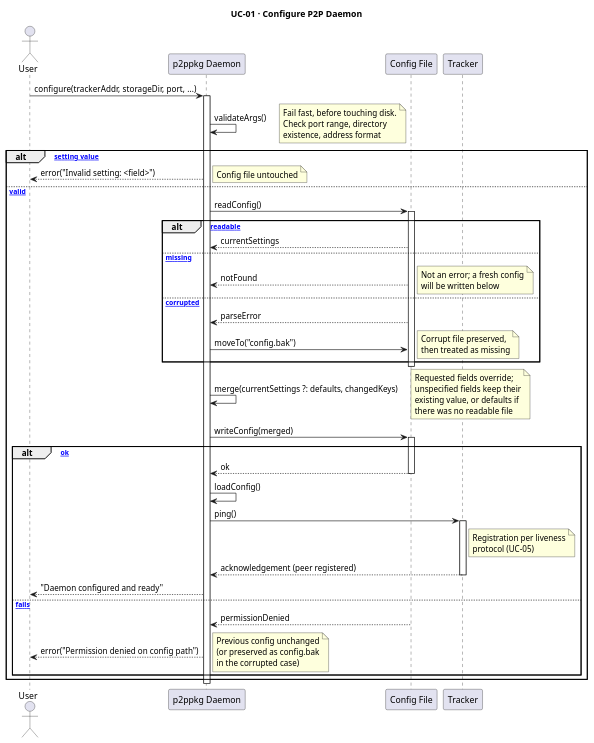
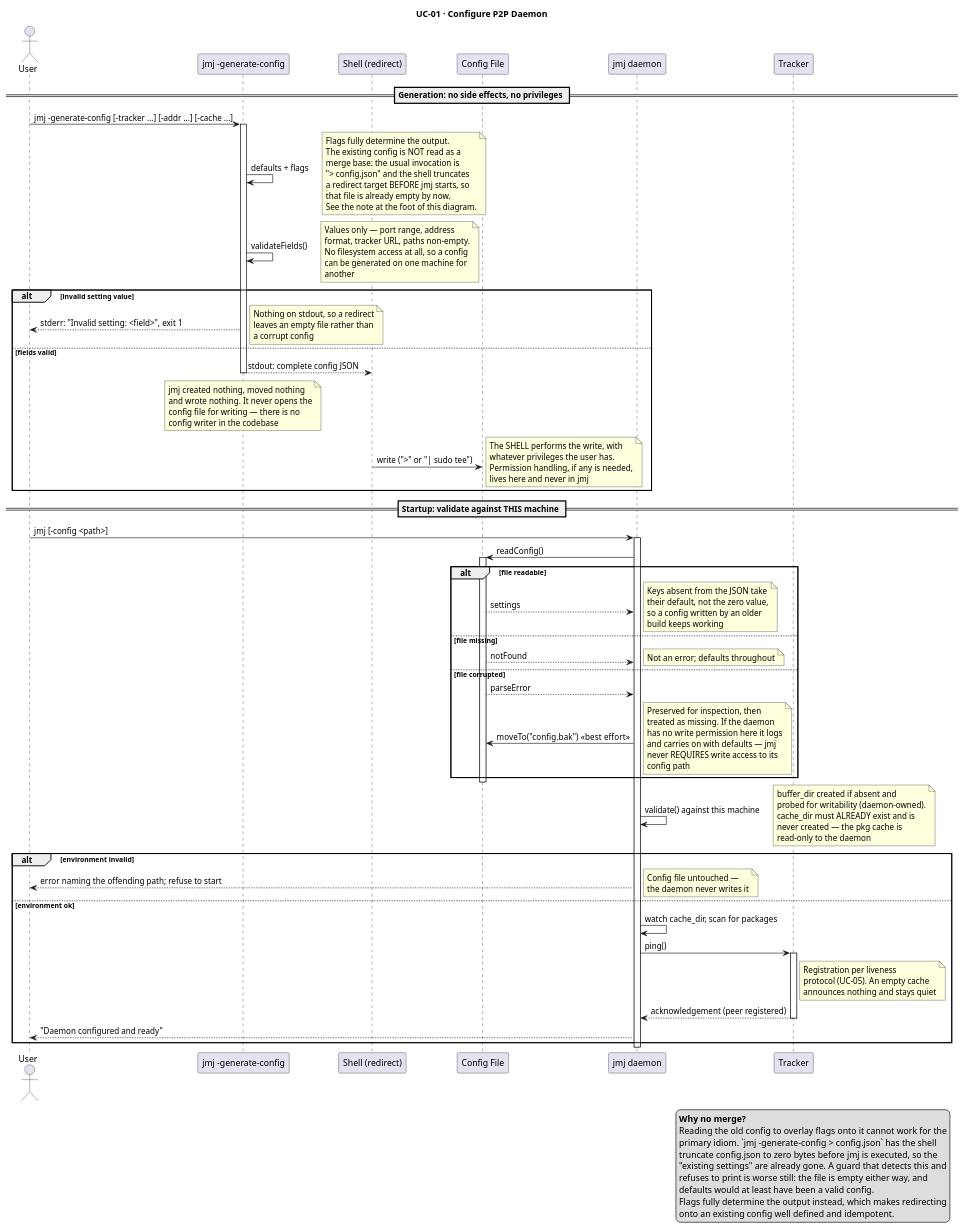
The diagram in docs/uc-01.puml (ndrew222/p2p-pkg-daemon), drawn with PlantUML before and after one commit. The commit also changed 5 other files, not shown here.

```diff
--- a/docs/uc-01.puml
+++ b/docs/uc-01.puml
@@ -1,65 +1,90 @@
 @startuml
 title UC-01 · Configure P2P Daemon
- 
+
 actor       User
-participant "p2ppkg Daemon" as Daemon
-participant "Config File"   as Config
+participant "jmj -generate-config" as Gen
+participant "Shell (redirect)"     as Shell
+participant "Config File"          as Config
+participant "jmj daemon"           as Daemon
 participant Tracker
- 
-User -> Daemon : configure(trackerAddr, storageDir, port, ...)
+
+== Generation: no side effects, no privileges ==
+
+User -> Gen : jmj -generate-config [-tracker ...] [-addr ...] [-cache ...]
+activate Gen
+
+Gen -> Gen : defaults + flags
+note right : Flags fully determine the output.\nThe existing config is NOT read as a\nmerge base: the usual invocation is\n"> config.json" and the shell truncates\na redirect target BEFORE jmj starts, so\nthat file is already empty by now.\nSee the note at the foot of this diagram.
+
+Gen -> Gen : validateFields()
+note right : Values only — port range, address\nformat, tracker URL, paths non-empty.\nNo filesystem access at all, so a config\ncan be generated on one machine for\nanother
+
+alt invalid setting value
+Gen --> User : stderr: "Invalid setting: <field>", exit 1
+note right : Nothing on stdout, so a redirect\nleaves an empty file rather than\na corrupt config
+
+else fields valid
+Gen --> Shell : stdout: complete config JSON
+deactivate Gen
+note over Gen : jmj created nothing, moved nothing\nand wrote nothing. It never opens the\nconfig file for writing — there is no\nconfig writer in the codebase
+
+Shell -> Config : write (">" or "| sudo tee")
+note right : The SHELL performs the write, with\nwhatever privileges the user has.\nPermission handling, if any is needed,\nlives here and never in jmj
+end
+
+== Startup: validate against THIS machine ==
+
+User -> Daemon : jmj [-config <path>]
 activate Daemon
- 
-Daemon -> Daemon : validateArgs()
-note right : Fail fast, before touching disk.\nCheck port range, directory\nexistence, address format
- 
-alt [invalid setting value]
-Daemon --> User : error("Invalid setting: <field>")
-note right : Config file untouched
- 
-else [args valid]
+
 Daemon -> Config : readConfig()
 activate Config
- 
-alt [file readable]
-Config --> Daemon : currentSettings
- 
-else [file missing]
+
+alt file readable
+Config --> Daemon : settings
+note right : Keys absent from the JSON take\ntheir default, not the zero value,\nso a config written by an older\nbuild keeps working
+
+else file missing
 Config --> Daemon : notFound
-note right : Not an error; a fresh config\nwill be written below
- 
-else [file corrupted]
+note right : Not an error; defaults throughout
+
+else file corrupted
 Config --> Daemon : parseError
-Daemon -> Config : moveTo("config.bak")
-note right : Corrupt file preserved,\nthen treated as missing
+Daemon -> Config : moveTo("config.bak")  <<best effort>>
+note right : Preserved for inspection, then\ntreated as missing. If the daemon\nhas no write permission here it logs\nand carries on with defaults — jmj\nnever REQUIRES write access to its\nconfig path
 end
 deactivate Config
- 
-Daemon -> Daemon : merge(currentSettings ?: defaults, changedKeys)
-note right : Requested fields override;\nunspecified fields keep their\nexisting value, or defaults if\nthere was no readable file
- 
-Daemon -> Config : writeConfig(merged)
-activate Config
- 
-alt [write ok]
-Config --> Daemon : ok
-deactivate Config
-Daemon -> Daemon : loadConfig()
- 
+
+Daemon -> Daemon : validate() against this machine
+note right : buffer_dir created if absent and\nprobed for writability (daemon-owned).\ncache_dir must ALREADY exist and is\nnever created — the pkg cache is\nread-only to the daemon
+
+alt environment invalid
+Daemon --> User : error naming the offending path; refuse to start
+note right : Config file untouched —\nthe daemon never writes it
+
+else environment ok
+Daemon -> Daemon : watch cache_dir, scan for packages
+
 Daemon -> Tracker : ping()
 activate Tracker
-note right of Tracker : Registration per liveness\nprotocol (UC-05)
+note right of Tracker : Registration per liveness\nprotocol (UC-05). An empty cache\nannounces nothing and stays quiet
 Tracker --> Daemon : acknowledgement (peer registered)
 deactivate Tracker
- 
+
 Daemon --> User : "Daemon configured and ready"
- 
-else [write fails]
-Config --> Daemon : permissionDenied
-deactivate Config
-Daemon --> User : error("Permission denied on config path")
-note right : Previous config unchanged\n(or preserved as config.bak\nin the corrupted case)
 end
-end
- 
+
 deactivate Daemon
+
+legend right
+  **Why no merge?**
+  Reading the old config to overlay flags onto it cannot work for the
+  primary idiom. `jmj -generate-config > config.json` has the shell
+  truncate config.json to zero bytes before jmj is executed, so the
+  "existing settings" are already gone. A guard that detects this and
+  refuses to print is worse still: the file is empty either way, and
+  defaults would at least have been a valid config.
+  Flags fully determine the output instead, which makes redirecting
+  onto an existing config well defined and idempotent.
+endlegend
 @enduml
```
